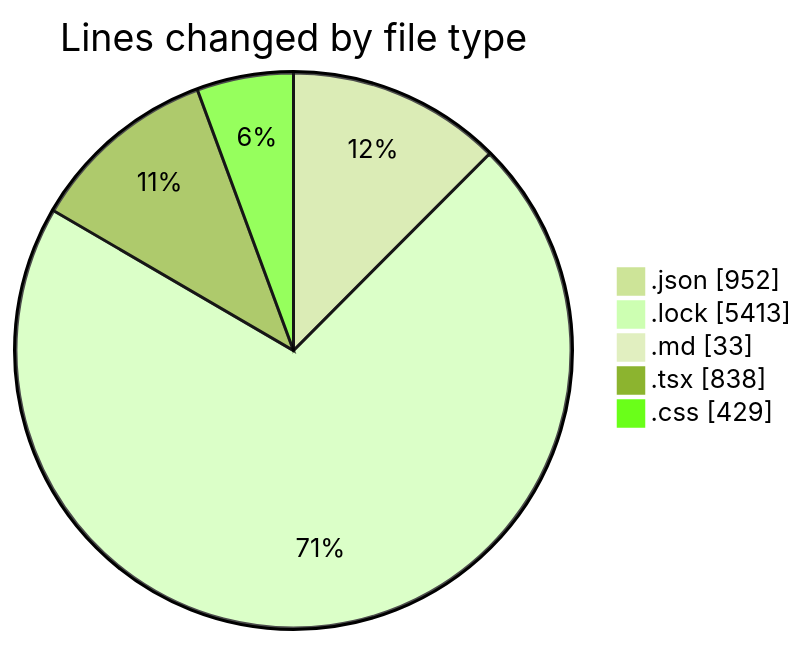
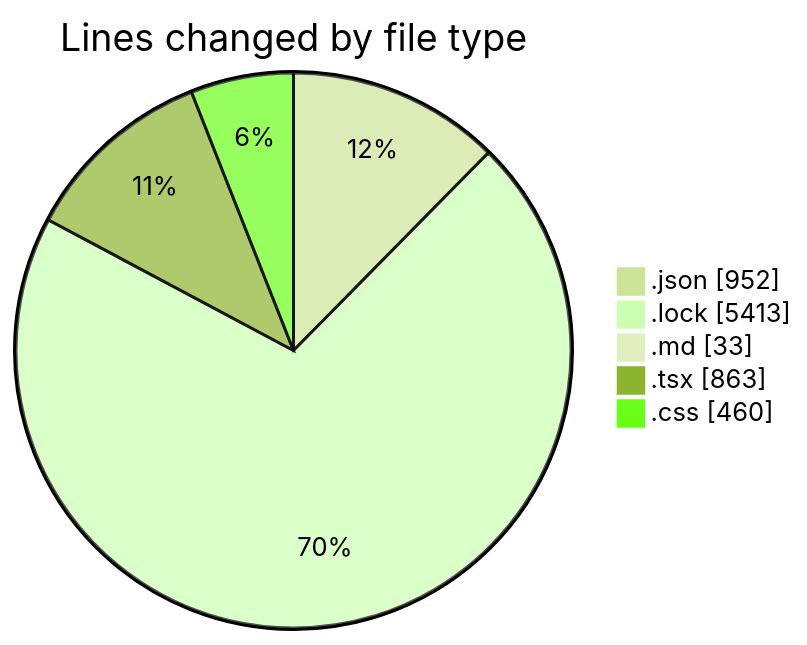
Before and after one commit to EIIisD/code-tracking: the first of 2 diagrams in 2025-08-11/ribbon/README.md, drawn with Mermaid (forest theme). The commit also changed other lines of this file and 1 other file, not shown here.

````diff
--- a/2025-08-11/ribbon/README.md
+++ b/2025-08-11/ribbon/README.md
@@ -37,9 +37,9 @@
 ```mermaid
 pie showData
 title Lines changed by file type
 ".json" : 952
 ".lock" : 5413
 ".md" : 33
-".tsx" : 838
-".css" : 429
+".tsx" : 863
+".css" : 460
 ```
````
